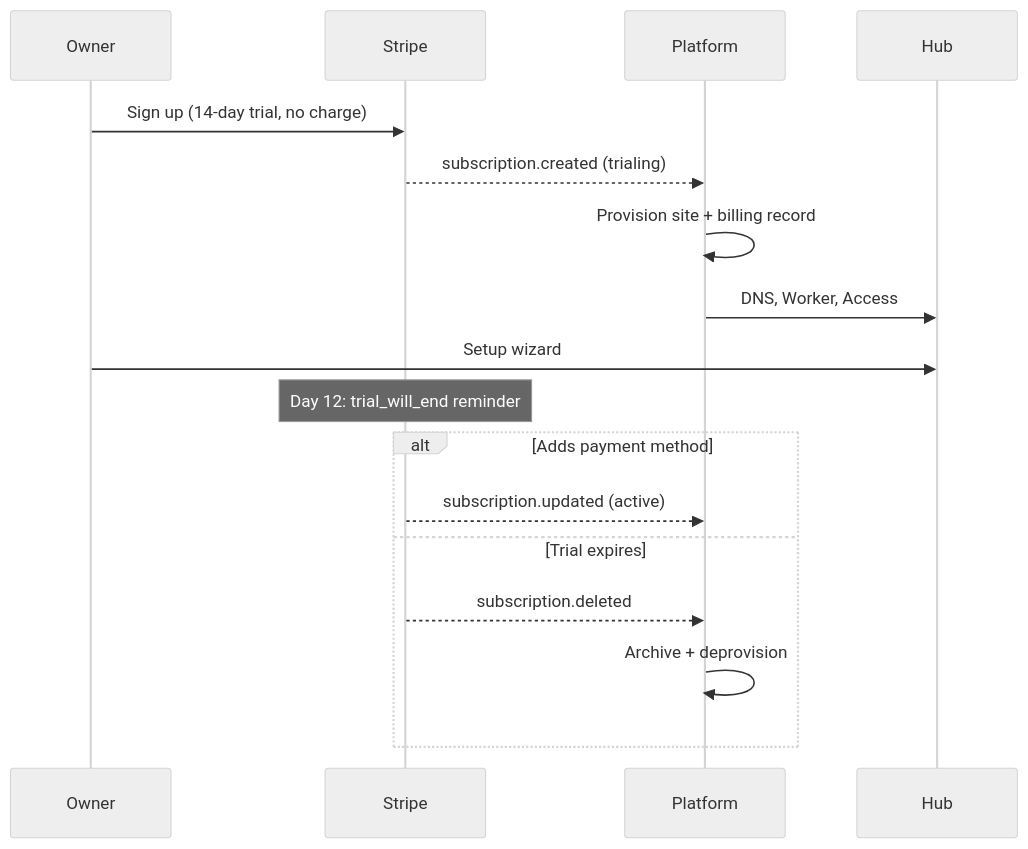
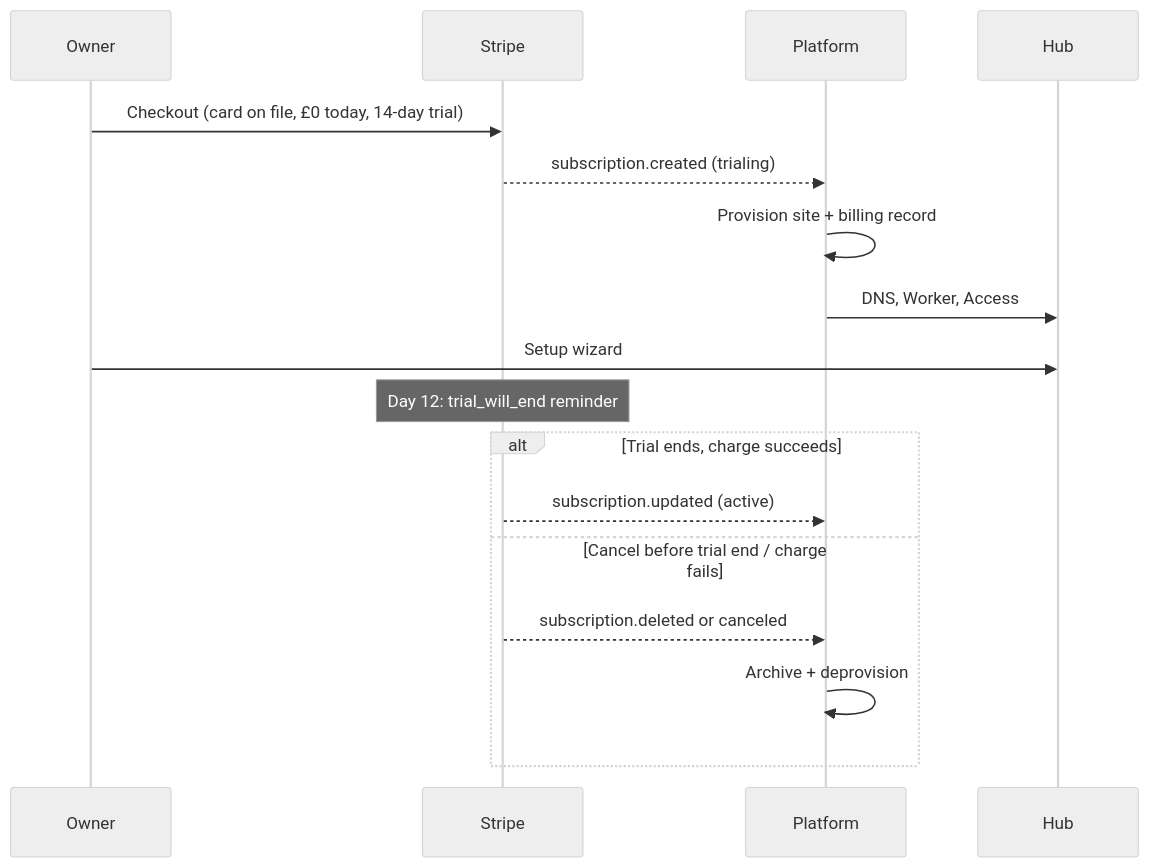
One commit to marklovely/home-dashboard changed the first of 2 diagrams in docs/roadmap.md. Above: the diagram before and after it, drawn with Mermaid (neutral theme). The commit also changed other lines of this file, not shown here.

First line of the commit message:
Record card-at-signup trial UX and Stripe test mode in roadmap.

````diff
--- a/docs/roadmap.md
+++ b/docs/roadmap.md
@@ -126,20 +126,20 @@
 ```mermaid
 sequenceDiagram
   participant U as Owner
   participant S as Stripe
   participant P as Platform
   participant H as Hub
 
-  U->>S: Sign up (14-day trial, no charge)
+  U->>S: Checkout (card on file, £0 today, 14-day trial)
   S-->>P: subscription.created (trialing)
   P->>P: Provision site + billing record
   P->>H: DNS, Worker, Access
   U->>H: Setup wizard
   Note over S: Day 12: trial_will_end reminder
-  alt Adds payment method
+  alt Trial ends, charge succeeds
     S-->>P: subscription.updated (active)
-  else Trial expires
-    S-->>P: subscription.deleted
+  else Cancel before trial end / charge fails
+    S-->>P: subscription.deleted or canceled
     P->>P: Archive + deprovision
   end
 ```
````
